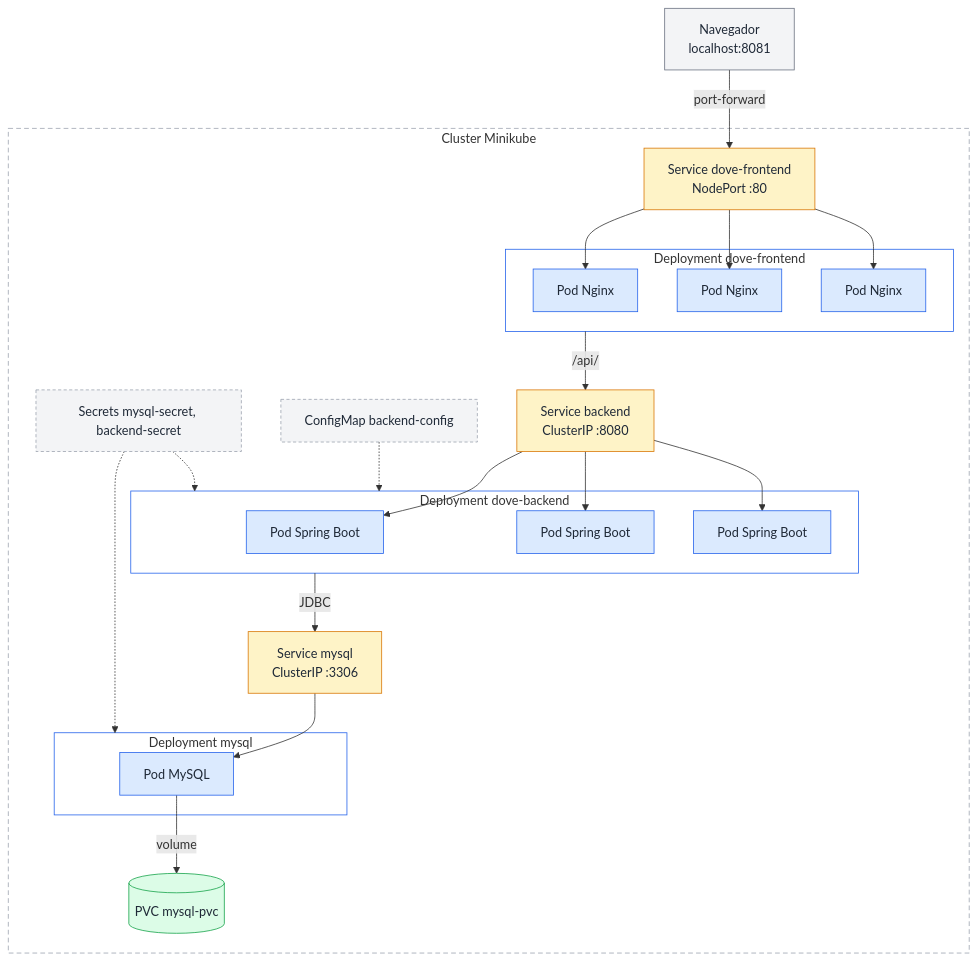
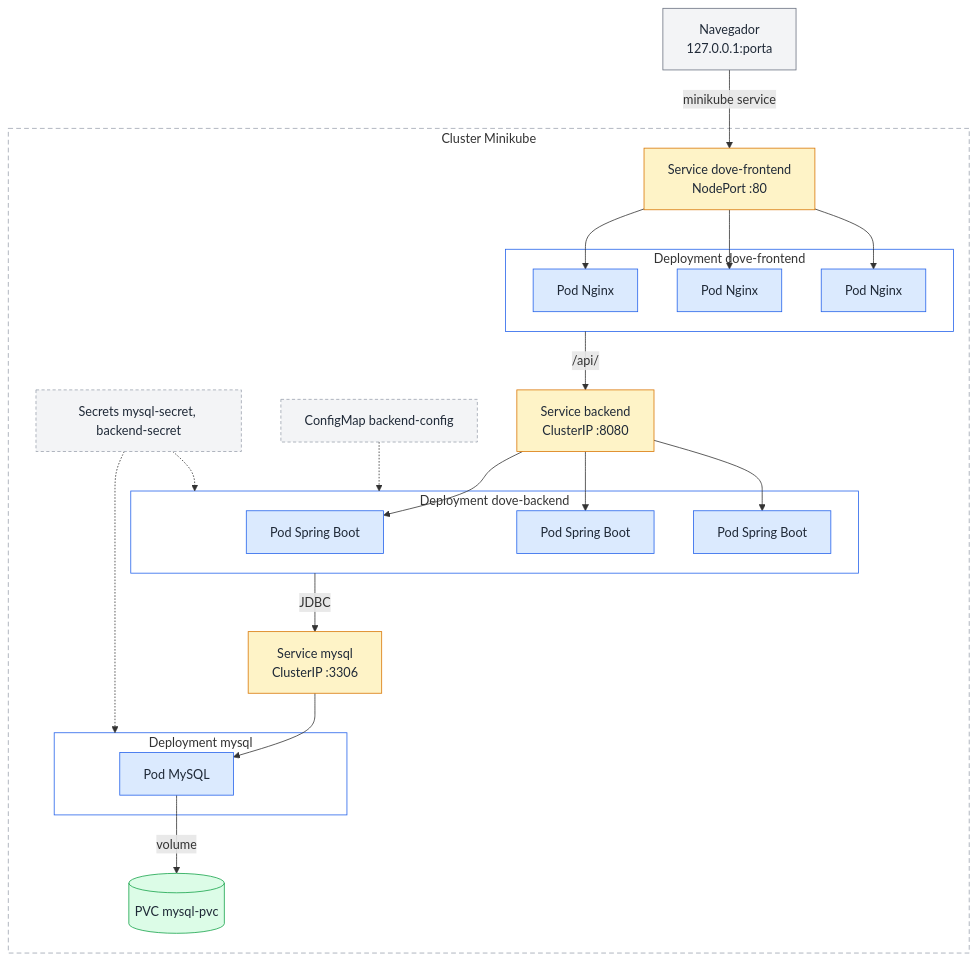
Before and after one commit to Daniidd/dove-kubernetes: the diagram in README.md, drawn with Mermaid. The commit also changed other lines of this file and 3 other files, not shown here.

Commit message:
fix: adiciona startup probe no backend e atualiza acesso para minikube service

````diff
--- a/README.md
+++ b/README.md
@@ -32,60 +32,60 @@
 ```mermaid
 flowchart TB
-    user["Navegador<br/>localhost:8081"]
+    user["Navegador<br/>127.0.0.1:porta"]
 
     subgraph cluster["Cluster Minikube"]
         svcFront["Service dove-frontend<br/>NodePort :80"]
 
         subgraph depFront["Deployment dove-frontend"]
             f1["Pod Nginx"]
             f2["Pod Nginx"]
             f3["Pod Nginx"]
         end
 
         svcBack["Service backend<br/>ClusterIP :8080"]
 
         subgraph depBack["Deployment dove-backend"]
             b1["Pod Spring Boot"]
             b2["Pod Spring Boot"]
             b3["Pod Spring Boot"]
         end
 
         svcDb["Service mysql<br/>ClusterIP :3306"]
 
         subgraph depDb["Deployment mysql"]
             db["Pod MySQL"]
         end
 
         pvc[("PVC mysql-pvc")]
         cm["ConfigMap backend-config"]
         sec["Secrets mysql-secret, backend-secret"]
     end
 
-    user -->|port-forward| svcFront
+    user -->|minikube service| svcFront
     svcFront --> f1 & f2 & f3
     depFront -->|/api/| svcBack
     svcBack --> b1 & b2 & b3
     depBack -->|JDBC| svcDb
     svcDb --> db
     db -->|volume| pvc
     cm -.-> depBack
     sec -.-> depBack
     sec -.-> depDb
 
     classDef ext fill:#f3f4f6,stroke:#6b7280,color:#1f2937
     classDef svc fill:#fef3c7,stroke:#d97706,color:#1f2937
     classDef pod fill:#dbeafe,stroke:#2563eb,color:#1f2937
     classDef data fill:#dcfce7,stroke:#16a34a,color:#1f2937
     classDef conf fill:#f3f4f6,stroke:#9ca3af,color:#1f2937,stroke-dasharray:4 3
 
     class user ext
     class svcFront,svcBack,svcDb svc
     class f1,f2,f3,b1,b2,b3,db pod
     class pvc data
     class cm,sec conf
 
     style cluster fill:none,stroke:#9ca3af,stroke-dasharray:6 4
     style depFront fill:none,stroke:#2563eb
     style depBack fill:none,stroke:#2563eb
     style depDb fill:none,stroke:#2563eb
 ```
````
